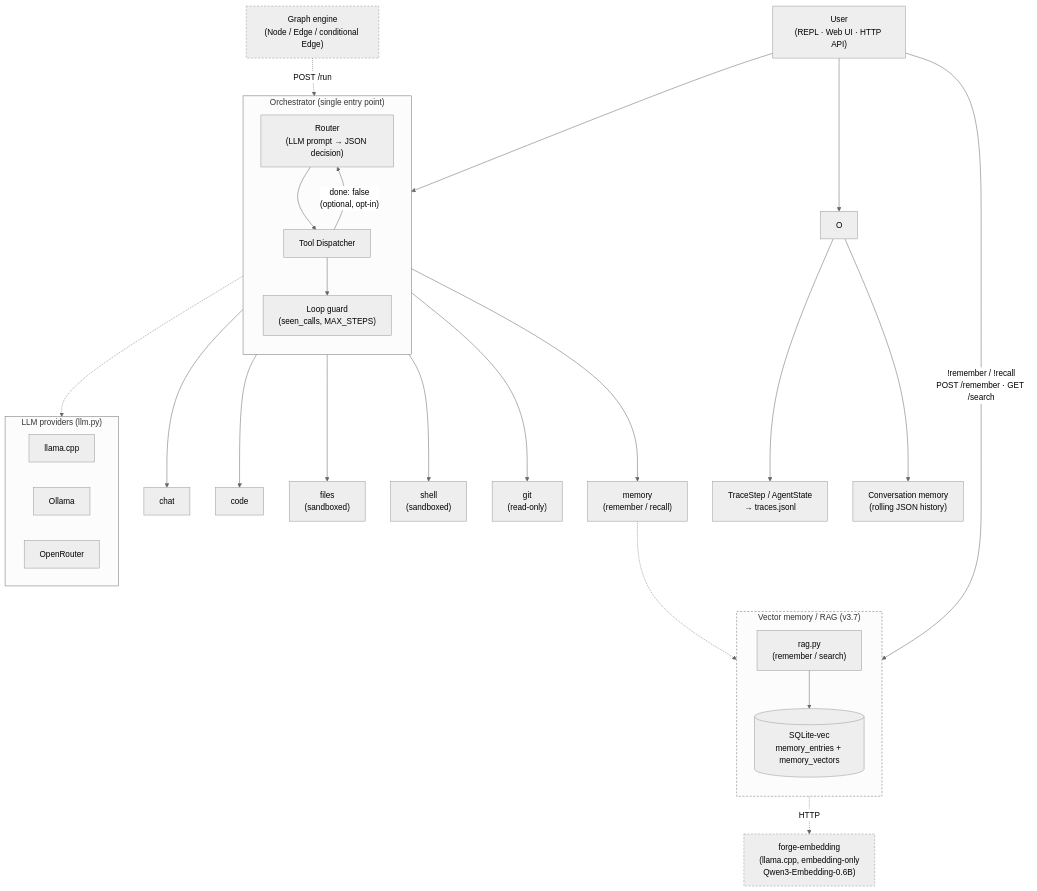
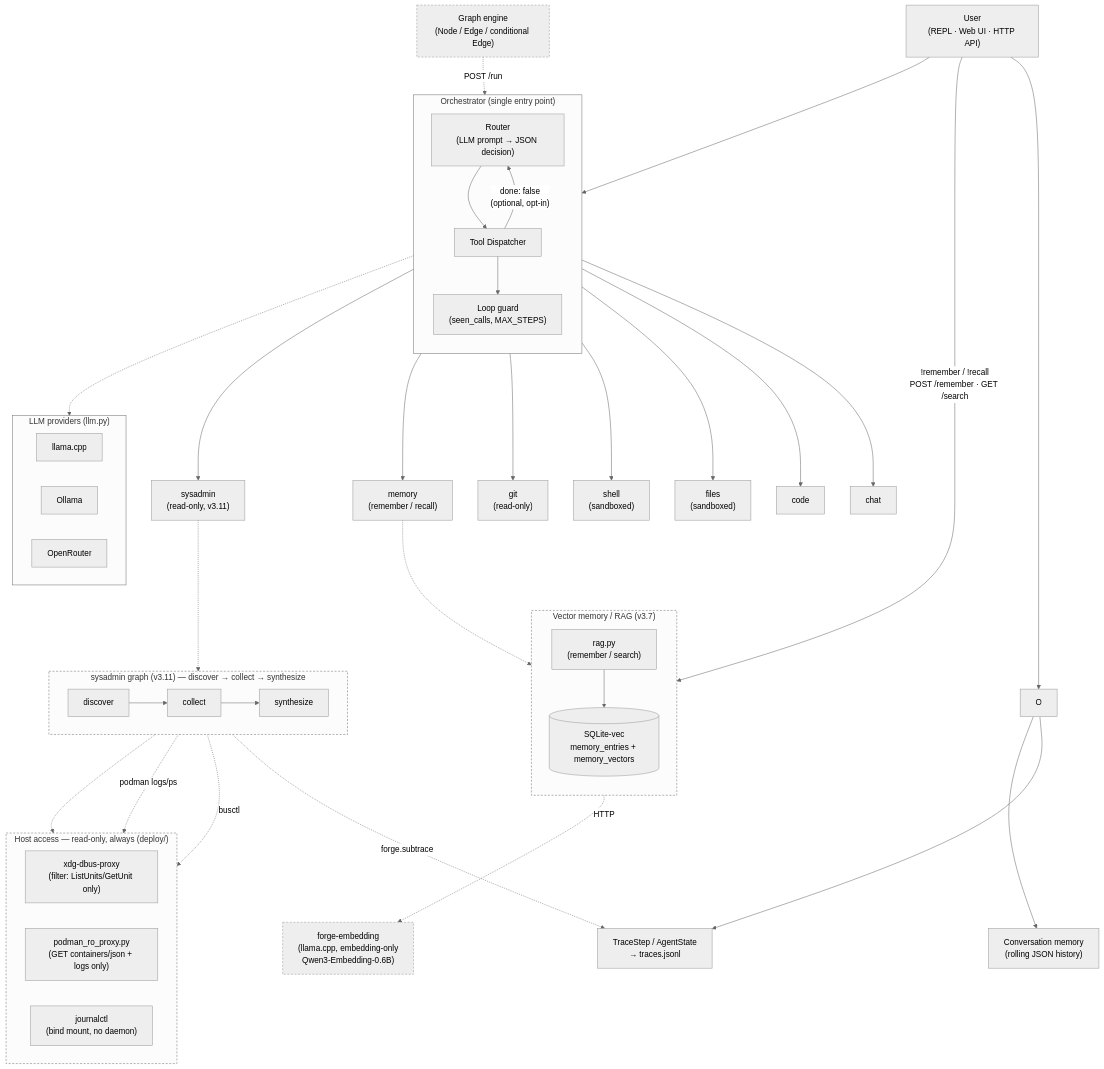
The diagram in README.md (Kurtisone/forge), drawn with Mermaid (neutral theme) before and after one commit. The commit also changed other lines of this file, not shown here.

Commit message:
docs: update architecture diagram, tree, and roadmap for v3.11

````diff
--- a/README.md
+++ b/README.md
@@ -48,51 +48,71 @@
 ```mermaid
 flowchart TD
     U["User<br/>(REPL · Web UI · HTTP API)"] --> O
 
     subgraph Orchestrator["Orchestrator (single entry point)"]
         direction TB
         R["Router<br/>(LLM prompt → JSON decision)"]
         D["Tool Dispatcher"]
         LG["Loop guard<br/>(seen_calls, MAX_STEPS)"]
         R --> D
         D -->|"done: false<br/>(optional, opt-in)"| R
         D --> LG
     end
 
     U --> R
 
     D --> T1[chat]
     D --> T2[code]
     D --> T3["files<br/>(sandboxed)"]
     D --> T4["shell<br/>(sandboxed)"]
     D --> T5["git<br/>(read-only)"]
     D --> T6["memory<br/>(remember / recall)"]
+    D --> T7["sysadmin<br/>(read-only, v3.11)"]
 
     subgraph Providers["LLM providers (llm.py)"]
         direction LR
         P1[llama.cpp]
         P2[Ollama]
         P3[OpenRouter]
     end
     R -.-> Providers
 
     O --> TR["TraceStep / AgentState<br/>→ traces.jsonl"]
     O --> MEM["Conversation memory<br/>(rolling JSON history)"]
 
     G["Graph engine<br/>(Node / Edge / conditional Edge)"] -.->|POST /run| D
     style G stroke-dasharray: 4 3
 
     subgraph RAG["Vector memory / RAG (v3.7)"]
         direction TB
         RE["rag.py<br/>(remember / search)"]
         VDB[("SQLite-vec<br/>memory_entries + memory_vectors")]
         RE --> VDB
     end
 
     U -->|"!remember / !recall<br/>POST /remember · GET /search"| RE
     T6 -.-> RE
     EMB["forge-embedding<br/>(llama.cpp, embedding-only<br/>Qwen3-Embedding-0.6B)"]
     RE -.->|HTTP| EMB
     style RAG stroke-dasharray: 4 3
     style EMB stroke-dasharray: 4 3
+
+    subgraph Sysadmin["sysadmin graph (v3.11) — discover → collect → synthesize"]
+        direction LR
+        SD[discover] --> SC[collect] --> SS[synthesize]
+    end
+    T7 -.-> Sysadmin
+    Sysadmin -.->|forge.subtrace| TR
+    style Sysadmin stroke-dasharray: 4 3
+
+    subgraph HostProxies["Host access — read-only, always (deploy/)"]
+        direction LR
+        DBUS["xdg-dbus-proxy<br/>(filter: ListUnits/GetUnit only)"]
+        PODP["podman_ro_proxy.py<br/>(GET containers/json + logs only)"]
+        JRNL["journalctl<br/>(bind mount, no daemon)"]
+    end
+    Sysadmin -.->|busctl| DBUS
+    Sysadmin -.->|podman logs/ps| PODP
+    Sysadmin -.-> JRNL
+    style HostProxies stroke-dasharray: 4 3
 ```
````
